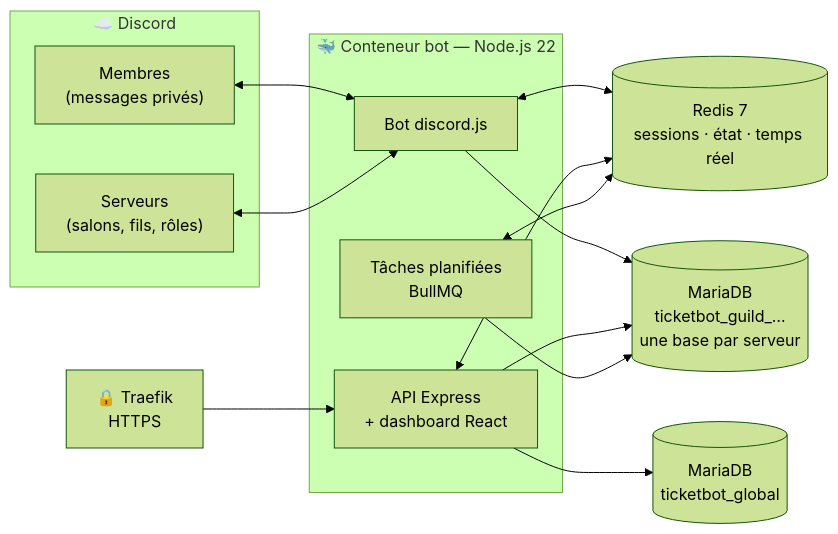
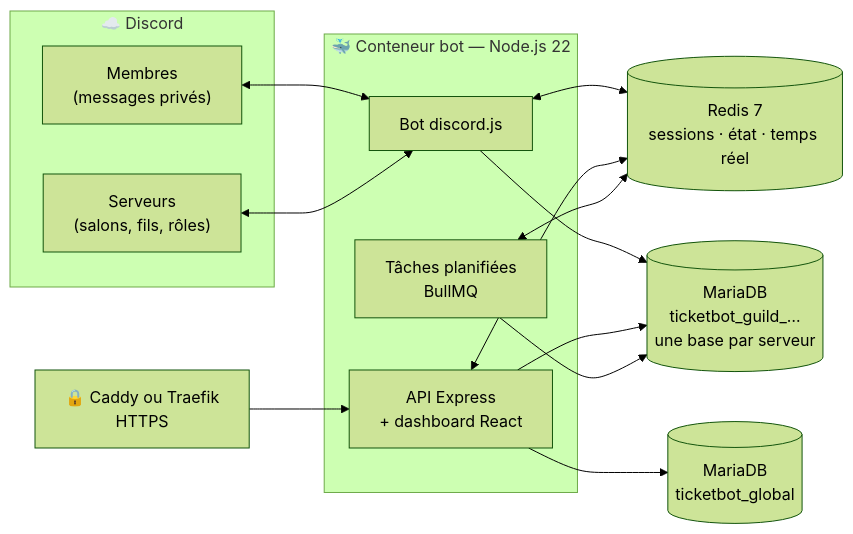
The second of 2 diagrams in README.md (LuquyPest/Bot-ticketting), drawn with Mermaid (forest theme) before and after one commit. The commit also changed other lines of this file and 29 other files, not shown here.

First line of the commit message:
feat: auto-hébergement — licence AGPL-3.0, configuration par .env, Caddy/Traefik au choix, image GHCR et releases, approbation automatique des serveurs

````diff
--- a/README.md
+++ b/README.md
@@ -194,18 +197,18 @@
 ```mermaid
 flowchart LR
     subgraph Discord["☁️ Discord"]
         MP["Membres<br/>(messages privés)"]
         SRV["Serveurs<br/>(salons, fils, rôles)"]
     end
     subgraph App["🐳 Conteneur bot — Node.js 22"]
         BOT["Bot discord.js"]
         API["API Express<br/>+ dashboard React"]
         JOBS["Tâches planifiées<br/>BullMQ"]
     end
-    PROXY["🔒 Traefik<br/>HTTPS"] --> API
+    PROXY["🔒 Caddy ou Traefik<br/>HTTPS"] --> API
     MP <--> BOT
     SRV <--> BOT
     BOT & API & JOBS <--> REDIS[("Redis 7<br/>sessions · état · temps réel")]
     API --> GLOBAL[("MariaDB<br/>ticketbot_global")]
     BOT & API & JOBS --> TENANT[("MariaDB<br/>ticketbot_guild_…<br/>une base par serveur")]
 ```
````
